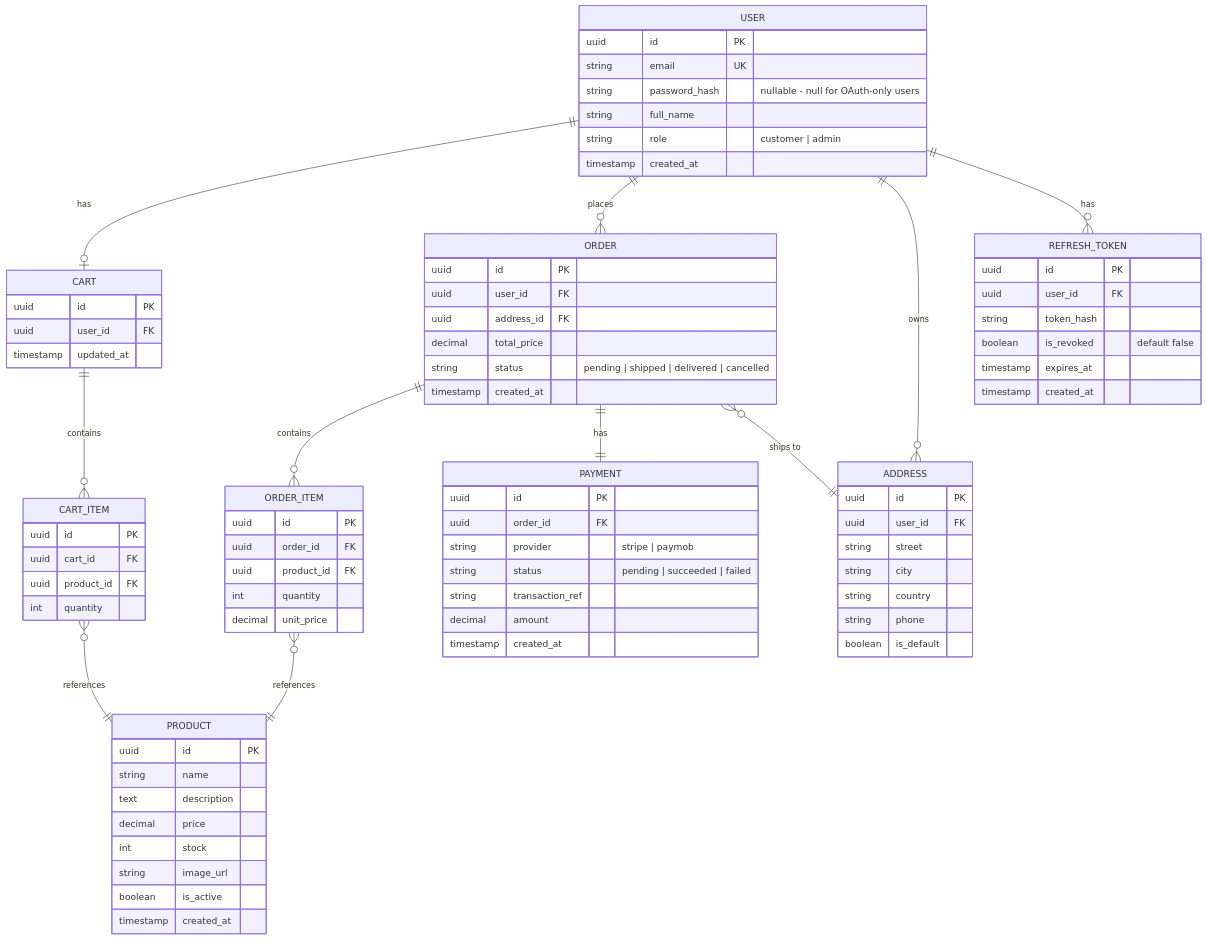
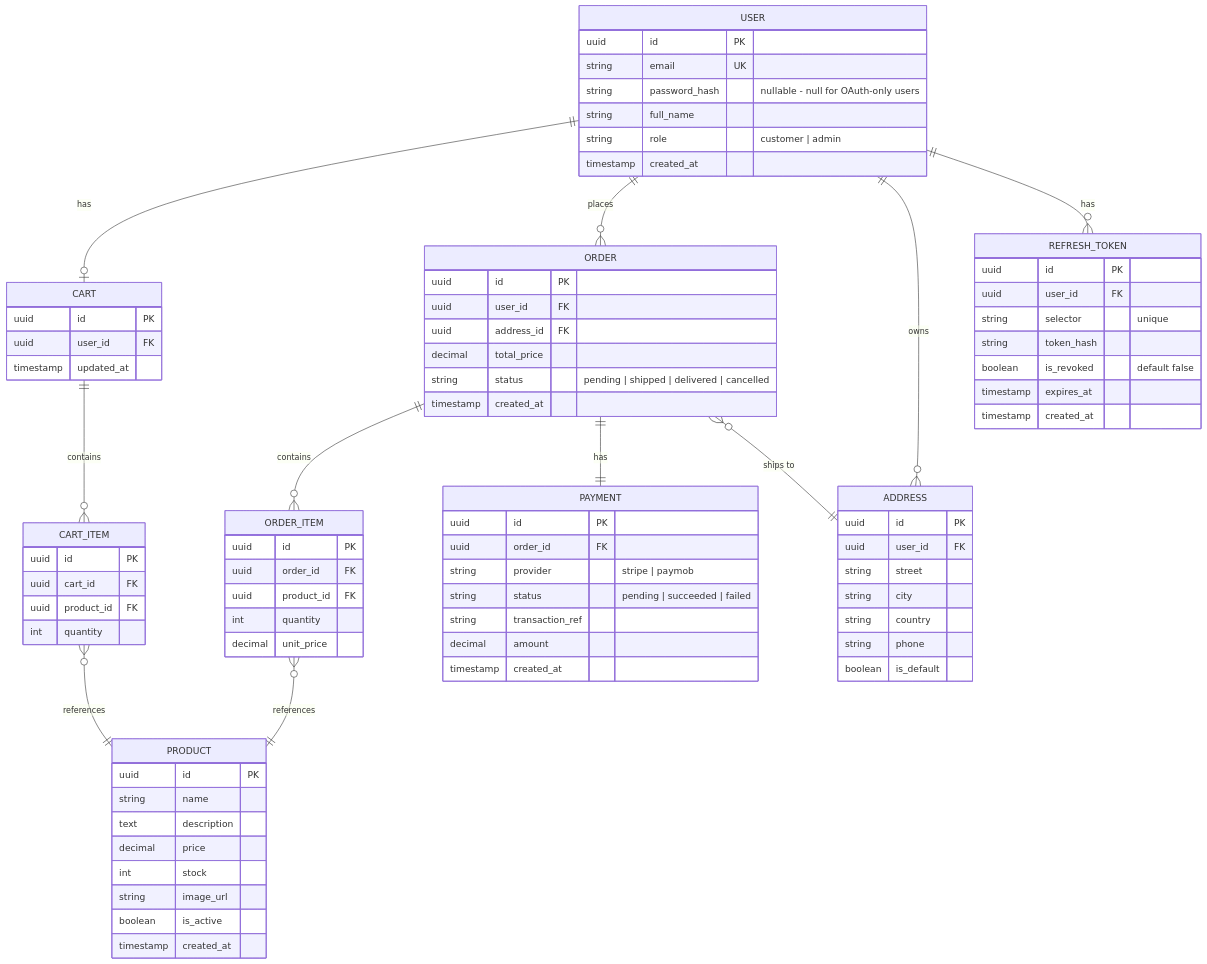
The diagram in docs/backend/ERD.md (OsamaElshaer/ecommerce-store), drawn with Mermaid before and after one commit. The commit also changed 7 other files, not shown here.

```diff
--- a/docs/backend/ERD.md
+++ b/docs/backend/ERD.md
@@ -90,10 +90,10 @@
         decimal amount
         timestamp created_at
     }
-
     REFRESH_TOKEN {
         uuid id PK
         uuid user_id FK
+        string selector "unique"
         string token_hash
         boolean is_revoked "default false"
         timestamp expires_at
```
